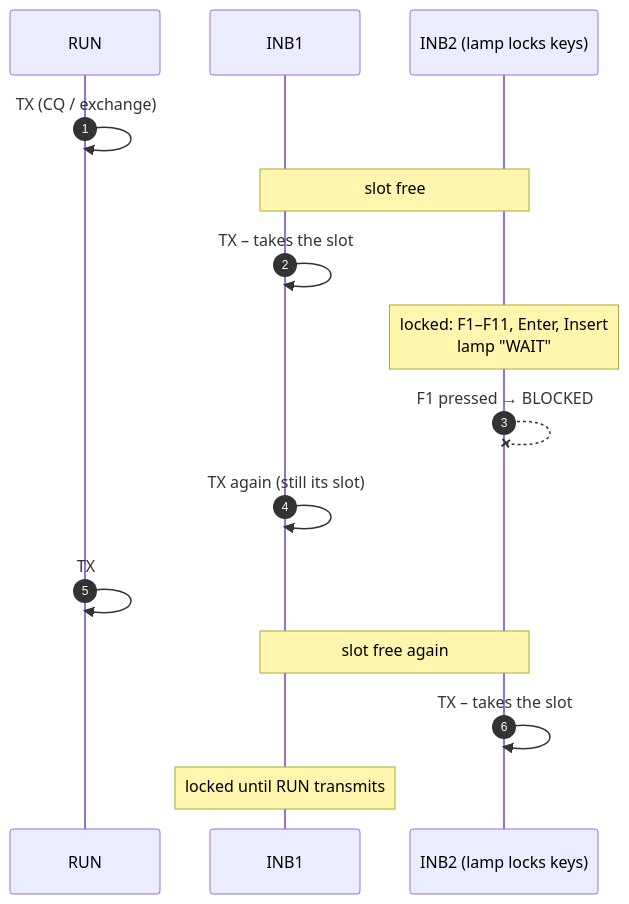
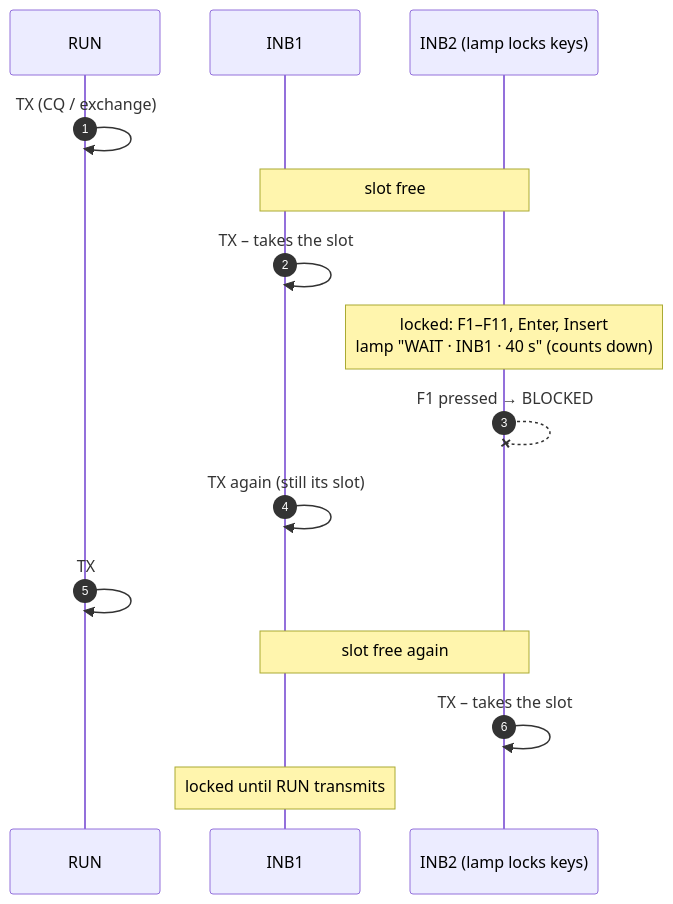
Before and after one commit to s55oo/N1MMPingPong: the fourth of 7 diagrams in docs/COMMUNICATION.md, drawn with Mermaid. The commit also changed other lines of this file and 4 other files, not shown here.

````diff
--- a/docs/COMMUNICATION.md
+++ b/docs/COMMUNICATION.md
@@ -205,18 +205,18 @@
 ```mermaid
 sequenceDiagram
     autonumber
     participant R as RUN
     participant I1 as INB1
     participant I2 as INB2 (lamp locks keys)
 
     R->>R: TX (CQ / exchange)
     Note over I1,I2: slot free
     I1->>I1: TX – takes the slot
-    Note over I2: locked: F1–F11, Enter, Insert<br/>lamp "WAIT"
+    Note over I2: locked: F1–F11, Enter, Insert<br/>lamp "WAIT · INB1 · 40 s" (counts down)
     I2--xI2: F1 pressed → BLOCKED
     I1->>I1: TX again (still its slot)
     R->>R: TX
     Note over I1,I2: slot free again
     I2->>I2: TX – takes the slot
     Note over I1: locked until RUN transmits
 ```
````
